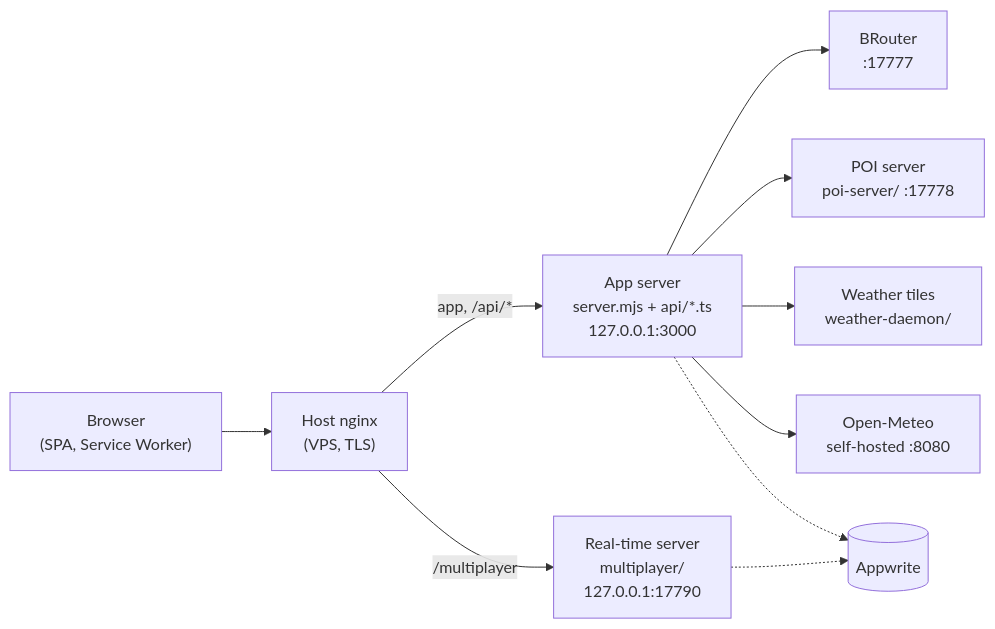
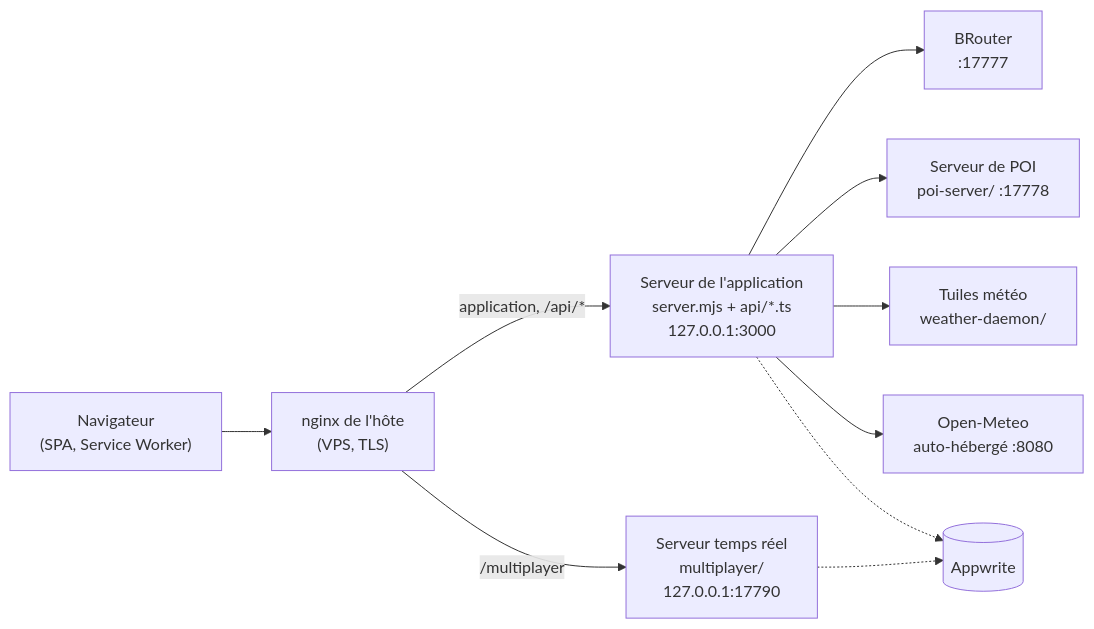
Before and after one commit to RedView-lab/RedView-App: the diagram in server/README.md, drawn with Mermaid. The commit also changed other lines of this file and 11 other files, not shown here.

````diff
--- a/server/README.md
+++ b/server/README.md
@@ -11,12 +12,12 @@
 ```mermaid
 flowchart LR
-  Browser["Browser<br/>(SPA, Service Worker)"] --> Nginx["Host nginx<br/>(VPS, TLS)"]
-  Nginx -->|app, /api/*| App["App server<br/>server.mjs + api/*.ts<br/>127.0.0.1:3000"]
-  Nginx -->|/multiplayer| Collab["Real-time server<br/>multiplayer/<br/>127.0.0.1:17790"]
+  Browser["Navigateur<br/>(SPA, Service Worker)"] --> Nginx["nginx de l'hôte<br/>(VPS, TLS)"]
+  Nginx -->|application, /api/*| App["Serveur de l'application<br/>server.mjs + api/*.ts<br/>127.0.0.1:3000"]
+  Nginx -->|/multiplayer| Collab["Serveur temps réel<br/>multiplayer/<br/>127.0.0.1:17790"]
   App --> BRouter["BRouter<br/>:17777"]
-  App --> POI["POI server<br/>poi-server/ :17778"]
-  App --> Weather["Weather tiles<br/>weather-daemon/"]
-  App --> OpenMeteo["Open-Meteo<br/>self-hosted :8080"]
+  App --> POI["Serveur de POI<br/>poi-server/ :17778"]
+  App --> Weather["Tuiles météo<br/>weather-daemon/"]
+  App --> OpenMeteo["Open-Meteo<br/>auto-hébergé :8080"]
   App -.-> Appwrite[("Appwrite")]
   Collab -.-> Appwrite
 ```
````
